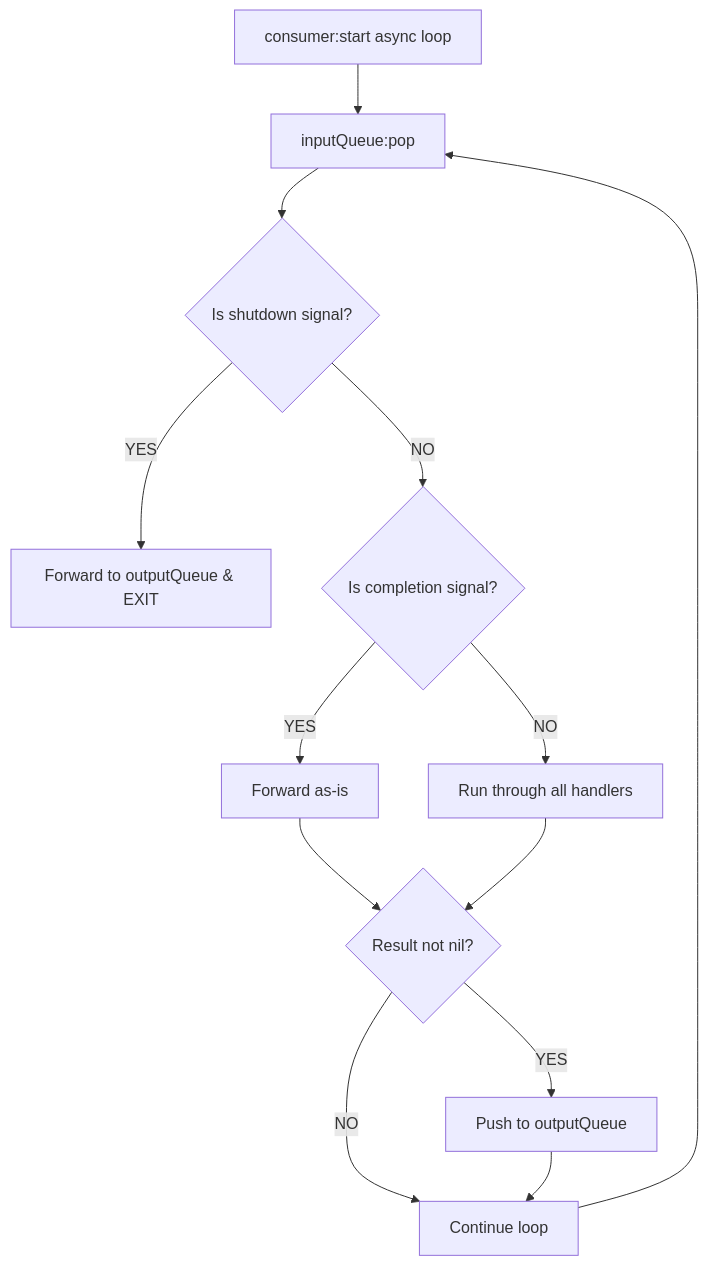
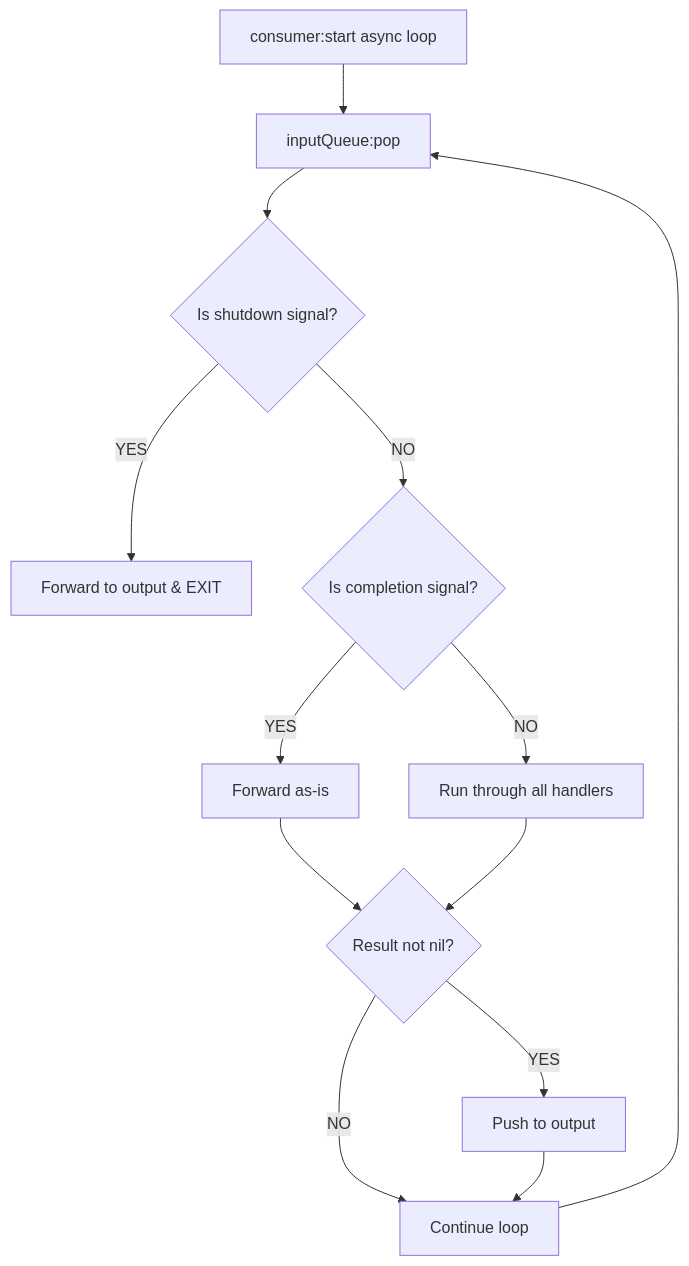
Before and after one commit to rektide/pipe-line-lua: the second of 3 diagrams in doc/consumer.md, drawn with Mermaid. The commit also changed other lines of this file and 4 other files, not shown here.

````diff
--- a/doc/consumer.md
+++ b/doc/consumer.md
@@ -128,20 +128,20 @@
 ```mermaid
 flowchart TD
     start_loop[consumer:start async loop] --> pop_msg[inputQueue:pop]
     pop_msg --> check_shutdown{Is shutdown signal?}
     
-    check_shutdown -->|YES| forward_exit[Forward to outputQueue & EXIT]
+    check_shutdown -->|YES| forward_exit[Forward to output & EXIT]
     check_shutdown -->|NO| check_completion{Is completion signal?}
     
     check_completion -->|YES| forward_asis[Forward as-is]
     check_completion -->|NO| run_handlers[Run through all handlers]
     
     forward_asis --> push_result{Result not nil?}
     run_handlers --> push_result
     
-    push_result -->|YES| push_output[Push to outputQueue]
+    push_result -->|YES| push_output[Push to output]
     push_result -->|NO| loop_back[Continue loop]
     
     push_output --> loop_back
     loop_back --> pop_msg
 ```
````
